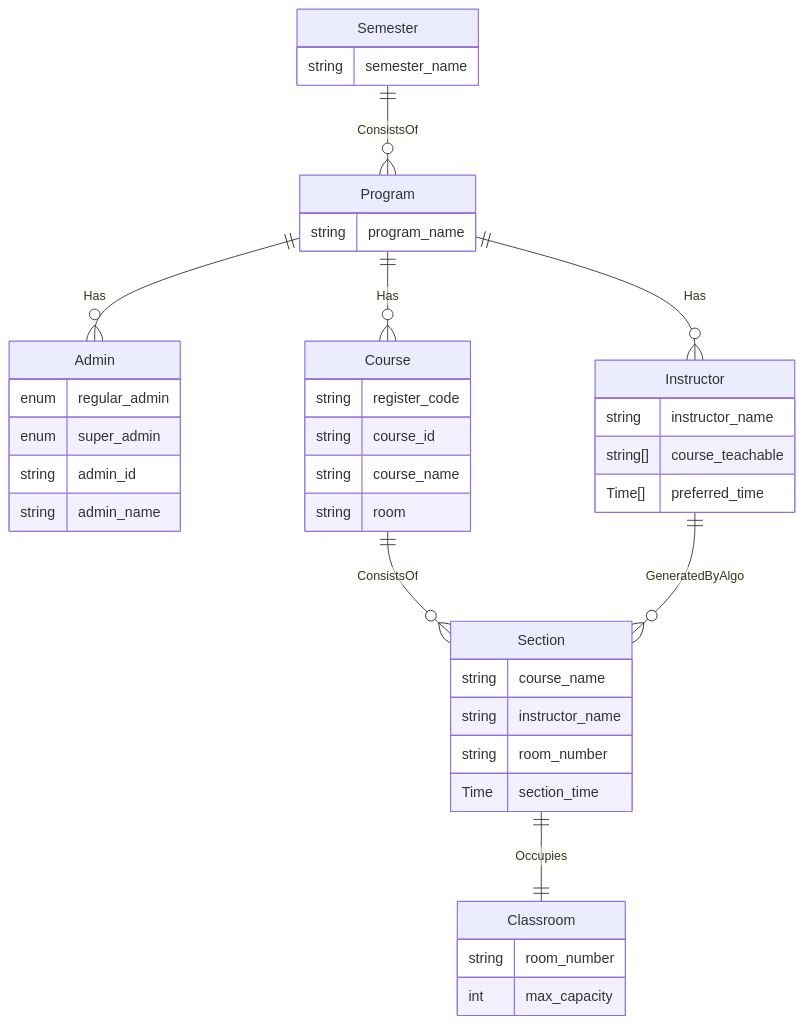
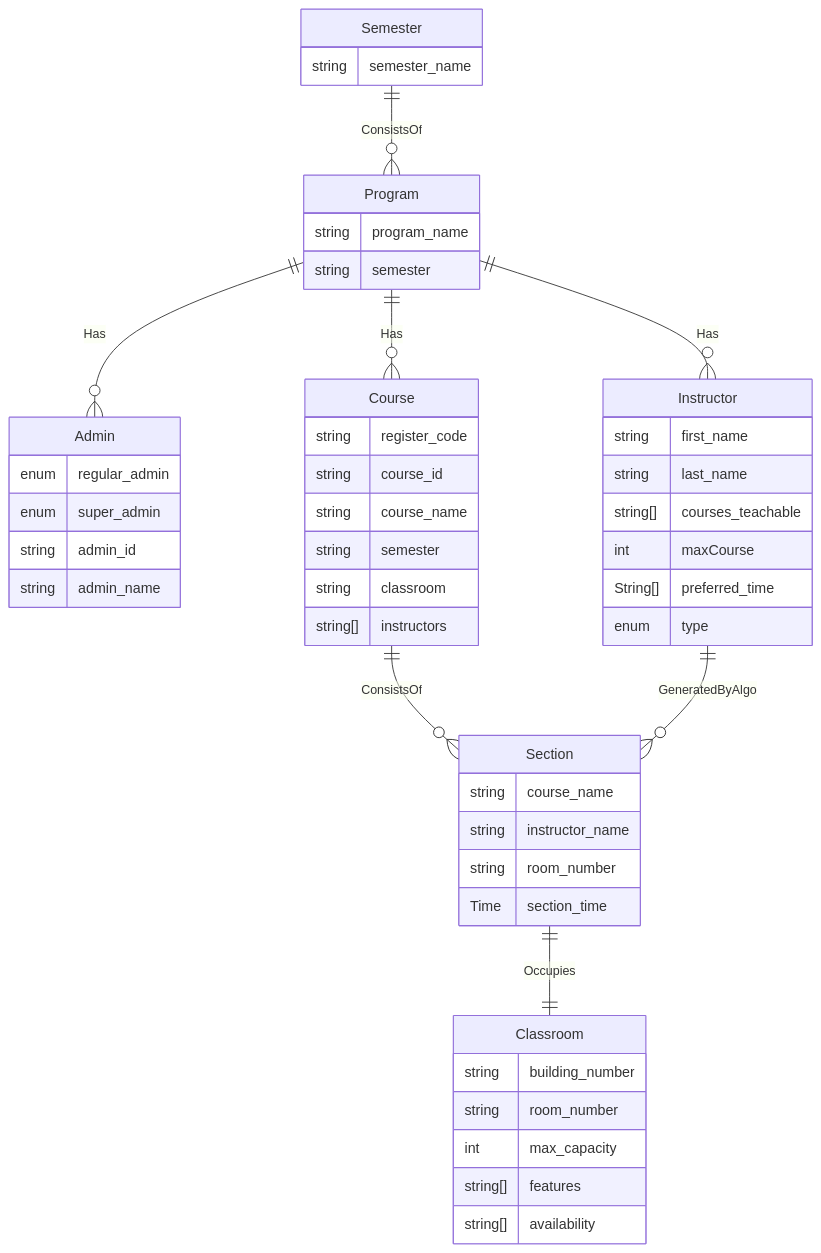
Before and after one commit to BiTheDev/Course_Planning: the diagram in README.md, drawn with Mermaid.

````diff
--- a/README.md
+++ b/README.md
@@ -40,53 +40,61 @@
 ```mermaid
 erDiagram
     Semester ||--o{ Program: ConsistsOf 
     Semester {
         string  semester_name
     }
 
     Program {
         string program_name
+        string semester
     }
-    
 
     Admin {
         enum regular_admin
         enum super_admin
         string admin_id
         string admin_name
     }
 
     Instructor {
-        string instructor_name
-        string[] course_teachable
-        Time[] preferred_time
+        string first_name
+        string last_name
+        string[] courses_teachable
+        int maxCourse
+        String[] preferred_time
+        enum type
     }
     Program ||--o{ Admin: Has
     Program ||--o{ Instructor: Has
     Program ||--o{ Course: Has
 
     Course {
         string register_code
         string course_id
         string course_name
-        string room
+        string semester
+        string classroom
+        string[] instructors
     }
 
     Classroom{
+        string building_number
         string room_number
         int max_capacity
+        string[] features
+        string[] availability
 
     }
     Section ||--|| Classroom: Occupies
 
     Section {
         string course_name
         string instructor_name
         string room_number
         Time section_time
     }
     Course||--o{ Section: ConsistsOf 
 
     Instructor ||--o{ Section: GeneratedByAlgo
 
 ```
````
